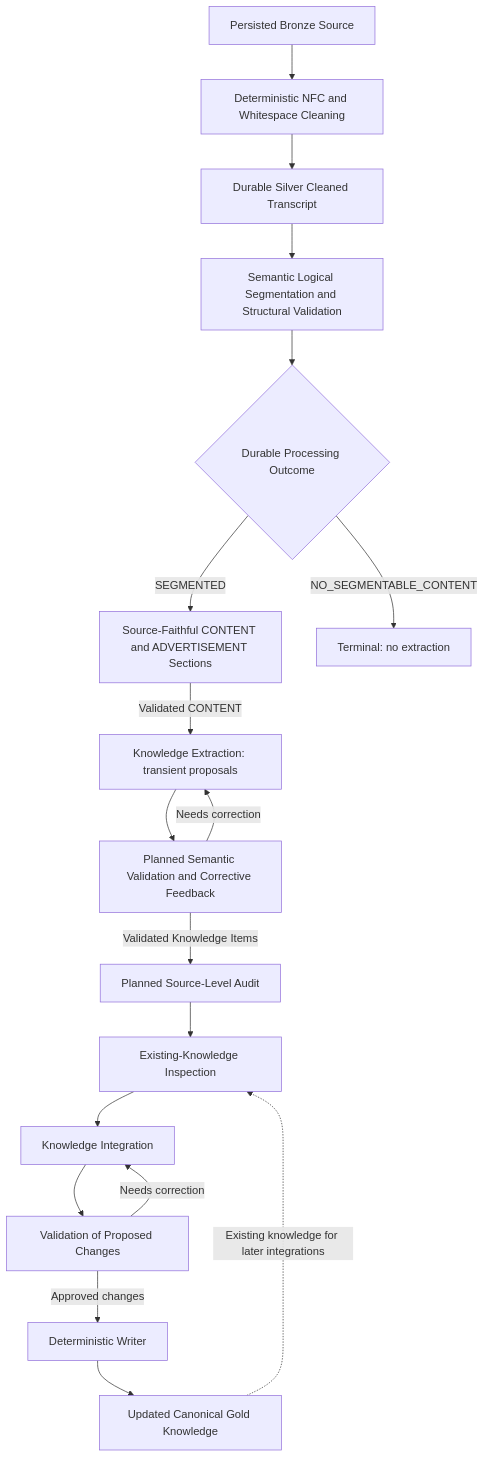
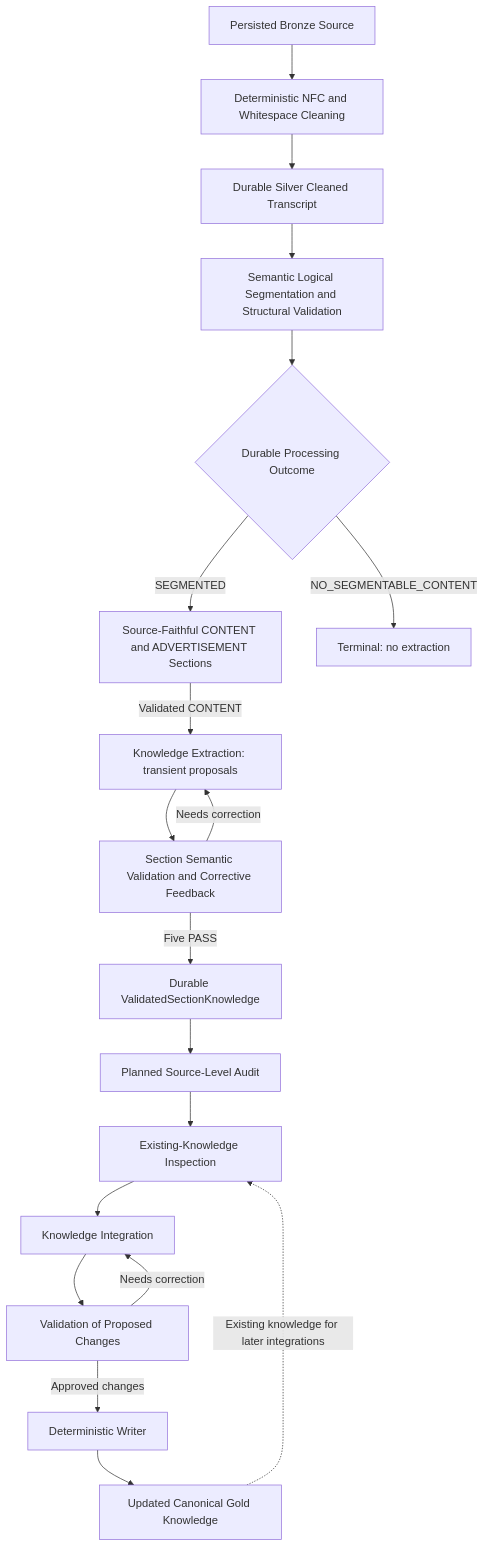
One commit to alexander-rewitzer/league-knowledge-platform changed the second of 4 diagrams in docs/architecture.md. Above: the diagram before and after it, drawn with Mermaid. The commit also changed other lines of this file and 25 other files, not shown here.

Commit message:
Add section-level semantic validation and durable checkpoints

````diff
--- a/docs/architecture.md
+++ b/docs/architecture.md
@@ -74,20 +76,21 @@
 ```mermaid
 flowchart TD
     S["Persisted Bronze Source"] --> B["Deterministic NFC and Whitespace Cleaning"]
     B --> SC["Durable Silver Cleaned Transcript"]
     SC --> LS["Semantic Logical Segmentation and Structural Validation"]
     LS --> SR{"Durable Processing Outcome"}
     SR -- SEGMENTED --> SS["Source-Faithful CONTENT and ADVERTISEMENT Sections"]
     SR -- NO_SEGMENTABLE_CONTENT --> NS["Terminal: no extraction"]
     SS -- "Validated CONTENT" --> E["Knowledge Extraction: transient proposals"]
-    E --> V["Planned Semantic Validation and Corrective Feedback"]
+    E --> V["Section Semantic Validation and Corrective Feedback"]
     V -- "Needs correction" --> E
-    V -- "Validated Knowledge Items" --> AU["Planned Source-Level Audit"]
+    V -- "Five PASS" --> CP["Durable ValidatedSectionKnowledge"]
+    CP --> AU["Planned Source-Level Audit"]
     AU --> K["Existing-Knowledge Inspection"]
     K --> I["Knowledge Integration"]
     I --> A["Validation of Proposed Changes"]
     A -- "Needs correction" --> I
     A -- "Approved changes" --> W["Deterministic Writer"]
     W --> G["Updated Canonical Gold Knowledge"]
     G -. "Existing knowledge for later integrations" .-> K
 ```
````
